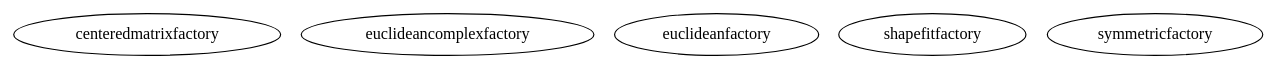
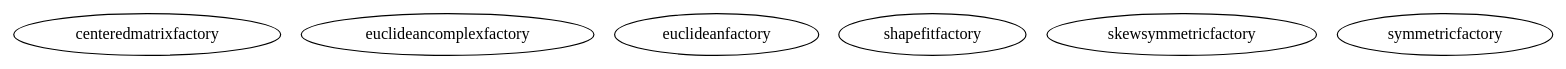
The diagram in web/reference/manopt/manifolds/euclidean/graph.dot (NicolasBoumal/manopt), drawn with Graphviz before and after one commit. The commit also changed 453 other files, not shown here.

```diff
--- a/web/reference/manopt/manifolds/euclidean/graph.dot
+++ b/web/reference/manopt/manifolds/euclidean/graph.dot
@@ -1,9 +1,10 @@
 /* Created by mdot for Matlab */
 digraph m2html {
 
   centeredmatrixfactory [URL="centeredmatrixfactory.html"];
   euclideancomplexfactory [URL="euclideancomplexfactory.html"];
   euclideanfactory [URL="euclideanfactory.html"];
   shapefitfactory [URL="shapefitfactory.html"];
+  skewsymmetricfactory [URL="skewsymmetricfactory.html"];
   symmetricfactory [URL="symmetricfactory.html"];
 }
```
